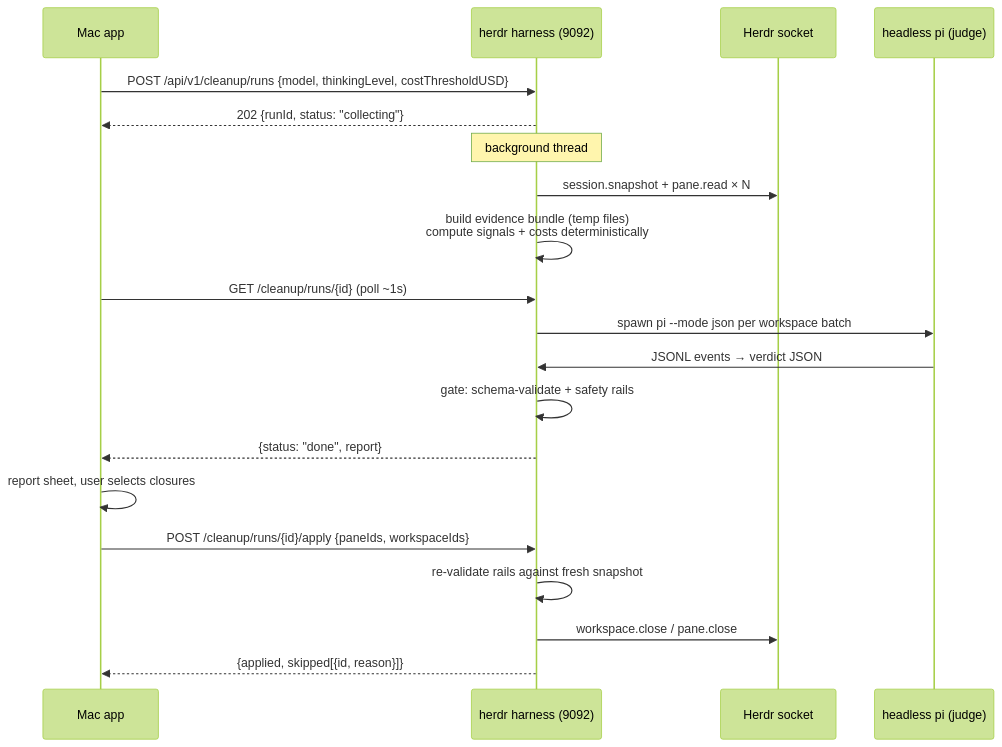
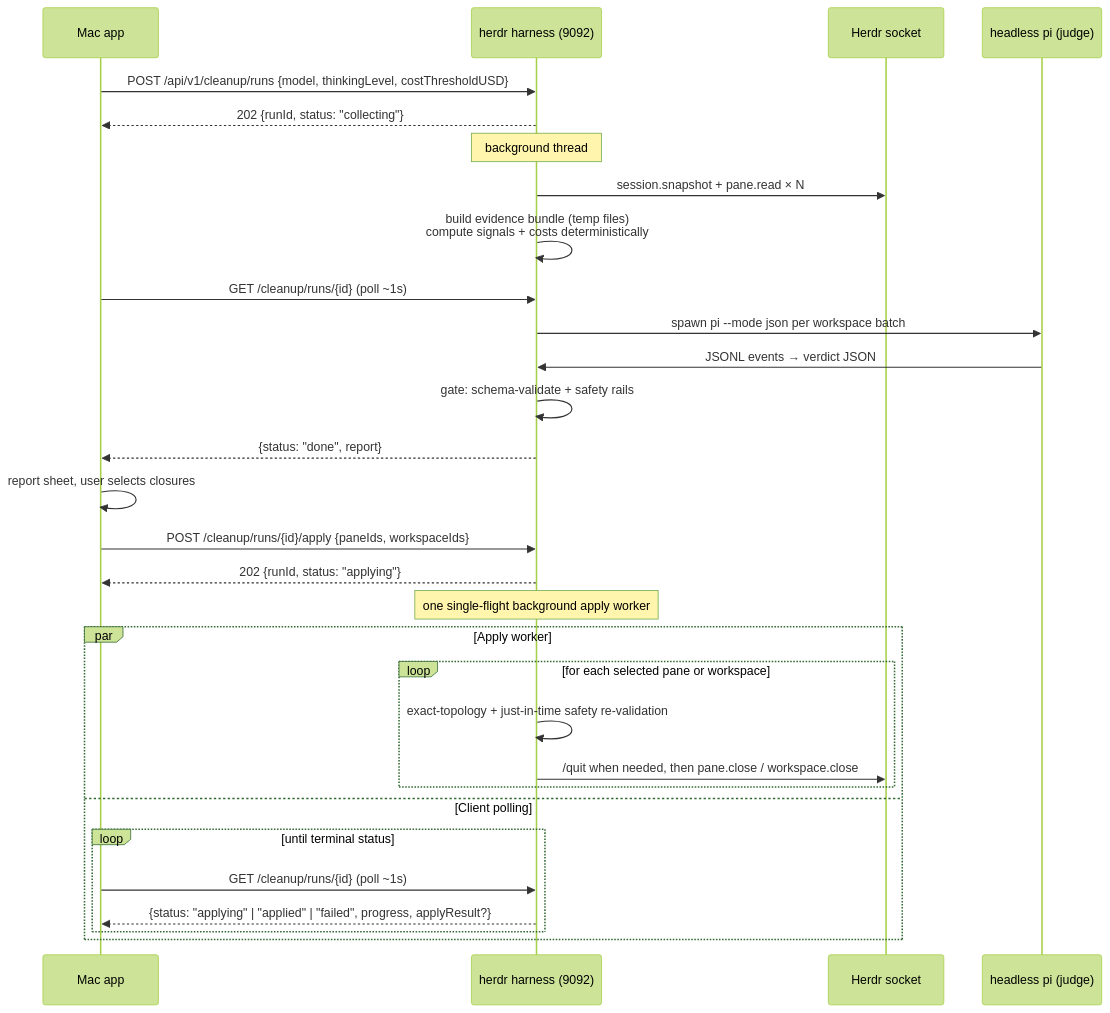
One commit to ronnie3786/cmux-orchestrator changed the diagram in SMART_CLEANUP_SPEC.md. Above: the diagram before and after it, drawn with Mermaid (forest theme). The commit also changed other lines of this file and 29 other files, not shown here.

Commit message:
[HERDR] Make Smart Cleanup session-safe and explainable

````diff
--- a/SMART_CLEANUP_SPEC.md
+++ b/SMART_CLEANUP_SPEC.md
@@ -80,23 +80,33 @@
 ```mermaid
 sequenceDiagram
     participant Mac as Mac app
     participant H as herdr harness (9092)
     participant Herdr as Herdr socket
     participant Pi as headless pi (judge)
 
     Mac->>H: POST /api/v1/cleanup/runs {model, thinkingLevel, costThresholdUSD}
     H-->>Mac: 202 {runId, status: "collecting"}
     Note over H: background thread
     H->>Herdr: session.snapshot + pane.read × N
     H->>H: build evidence bundle (temp files)<br/>compute signals + costs deterministically
     Mac->>H: GET /cleanup/runs/{id} (poll ~1s)
     H->>Pi: spawn pi --mode json per workspace batch
     Pi->>H: JSONL events → verdict JSON
     H->>H: gate: schema-validate + safety rails
     H-->>Mac: {status: "done", report}
     Mac->>Mac: report sheet, user selects closures
     Mac->>H: POST /cleanup/runs/{id}/apply {paneIds, workspaceIds}
-    H->>H: re-validate rails against fresh snapshot
-    H->>Herdr: workspace.close / pane.close
-    H-->>Mac: {applied, skipped[{id, reason}]}
+    H-->>Mac: 202 {runId, status: "applying"}
+    Note over H: one single-flight background apply worker
+    par Apply worker
+        loop for each selected pane or workspace
+            H->>H: exact-topology + just-in-time safety re-validation
+            H->>Herdr: /quit when needed, then pane.close / workspace.close
+        end
+    and Client polling
+        loop until terminal status
+            Mac->>H: GET /cleanup/runs/{id} (poll ~1s)
+            H-->>Mac: {status: "applying" | "applied" | "failed", progress, applyResult?}
+        end
+    end
 ```
````
